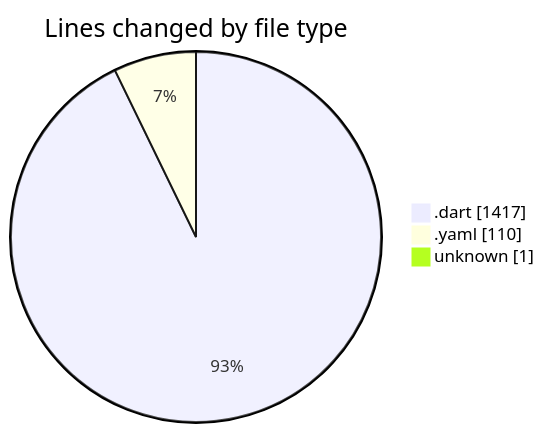
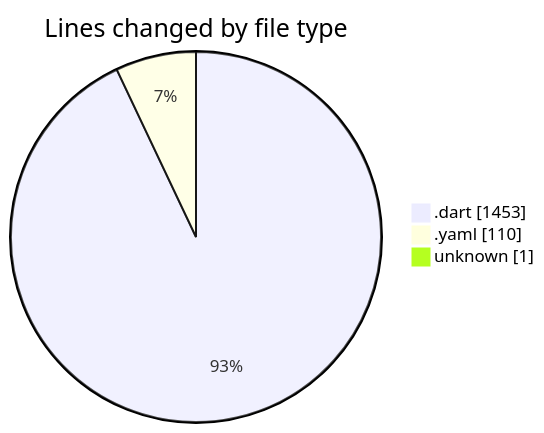
The first of 2 diagrams in 2025-03-08/uber_clone/README.md (donsfak/code-tracking), drawn with Mermaid before and after one commit. The commit also changed other lines of this file and 1 other file, not shown here.

````diff
--- a/2025-03-08/uber_clone/README.md
+++ b/2025-03-08/uber_clone/README.md
@@ -24,7 +24,7 @@
 ```mermaid
 pie showData
 title Lines changed by file type
-".dart" : 1417
+".dart" : 1453
 ".yaml" : 110
 "unknown" : 1
 ```
````
